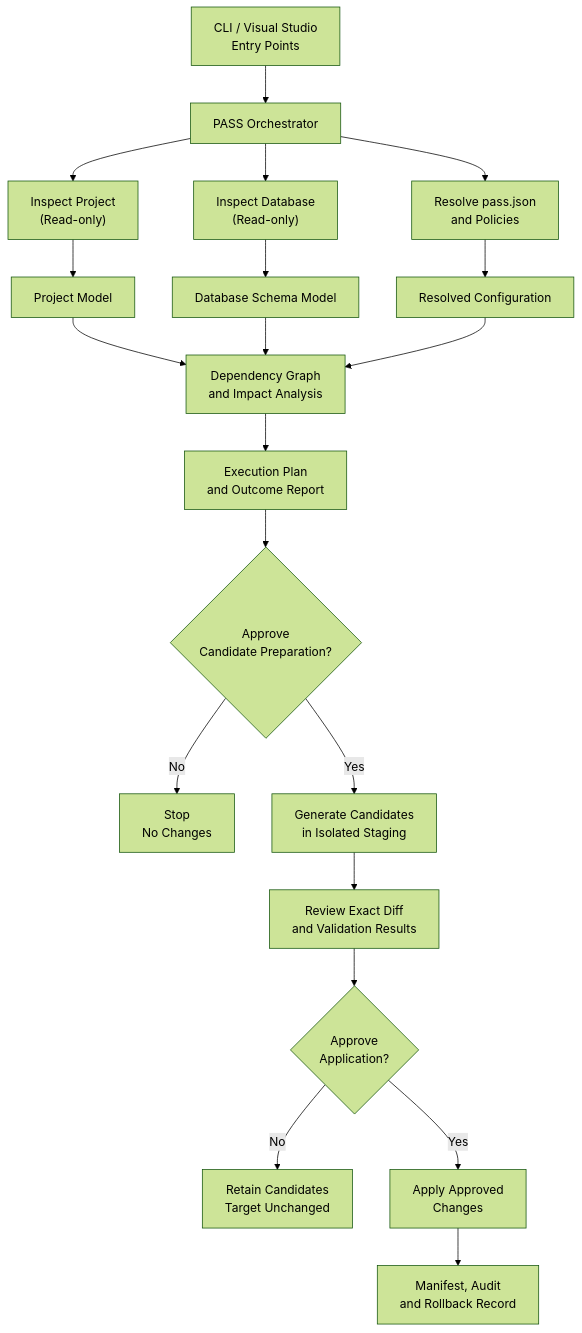
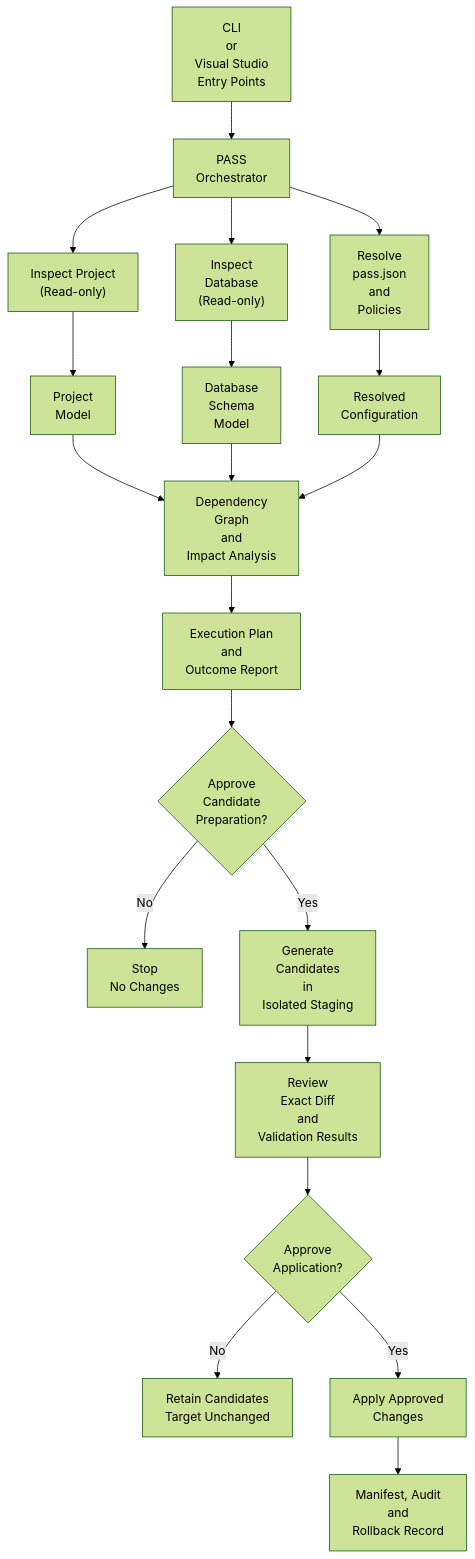
Before and after one commit to RashedulHaqueRonjon/PASS-Framework: the diagram in README.md, drawn with Mermaid (forest theme).

Commit message:
Update flowchart formatting in README.md

````diff
--- a/README.md
+++ b/README.md
@@ -39,56 +39,60 @@
 ```mermaid
 
 flowchart TD
-    A["CLI / Visual Studio<br/>Entry Points"]
-    B["PASS Orchestrator"]
+    A["CLI<br/>or<br/>Visual Studio<br/>Entry Points"]
+
+    B["PASS<br/>Orchestrator"]
 
     C["Inspect Project<br/>(Read-only)"]
-    D["Inspect Database<br/>(Read-only)"]
-    E["Resolve pass.json<br/>and Policies"]
+    D["Inspect<br/>Database<br/>(Read-only)"]
+E["Resolve<br/>pass.json<br/>and<br/>Policies"]
 
-    F["Project Model"]
-    G["Database Schema Model"]
-    H["Resolved Configuration"]
+    F["Project<br/>Model"]
+    G["Database<br/>Schema<br/>Model"]
+    H["Resolved<br/>Configuration"]
 
-    I["Dependency Graph<br/>and Impact Analysis"]
-    J["Execution Plan<br/>and Outcome Report"]
+    I["Dependency<br/>Graph<br/>and<br/>Impact Analysis"]
 
-    K{"Approve<br/>Candidate Preparation?"}
+    J["Execution Plan<br/>and<br/>Outcome Report"]
+
+    K{"Approve<br/>Candidate<br/>Preparation?"}
+
     L["Stop<br/>No Changes"]
-    M["Generate Candidates<br/>in Isolated Staging"]
 
-    N["Review Exact Diff<br/>and Validation Results"]
+M["Generate<br/>Candidates<br/>in<br/>Isolated Staging"]
+
+    N["Review<br/>Exact Diff<br/>and<br/>Validation Results"]
     O{"Approve<br/>Application?"}
     P["Retain Candidates<br/>Target Unchanged"]
     Q["Apply Approved<br/>Changes"]
-    R["Manifest, Audit<br/>and Rollback Record"]
+    R["Manifest, Audit<br/>and<br/>Rollback Record"]
 
     A --> B
 
     B --> C
     B --> D
     B --> E
 
     C --> F
     D --> G
     E --> H
 
     F --> I
     G --> I
     H --> I
 
     I --> J
     J --> K
 
     K -- No --> L
     K -- Yes --> M
 
     M --> N
     N --> O
 
     O -- No --> P
     O -- Yes --> Q
 
     Q --> R
 
 ```
````
